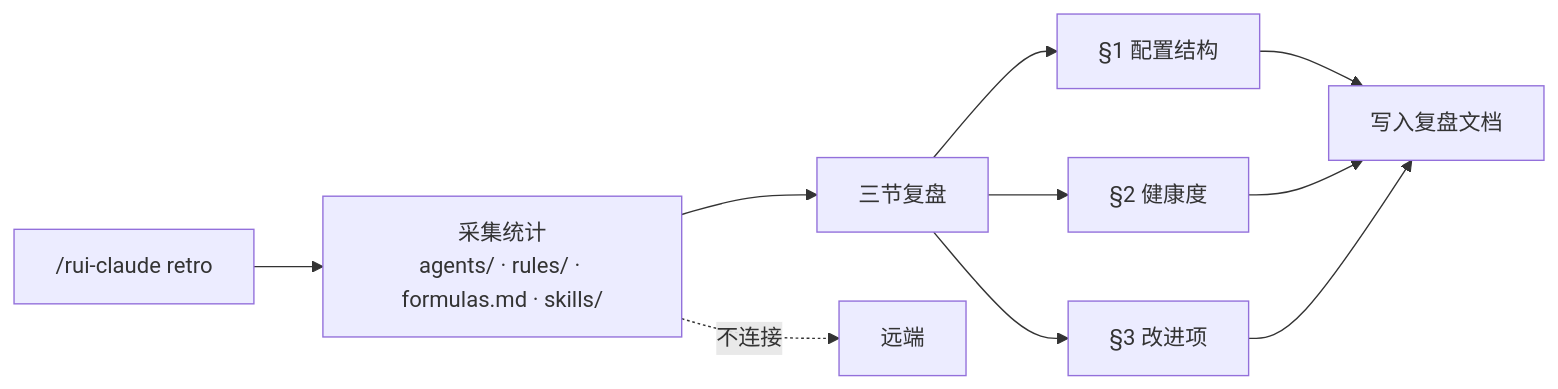
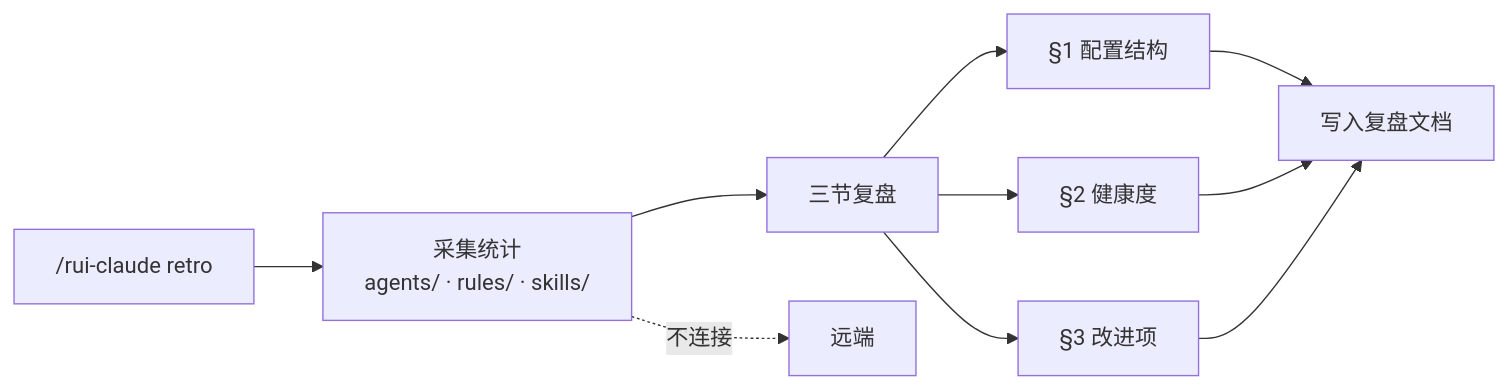
Before and after one commit to effiy/YrY: the fifth of 7 diagrams in skills/rui-claude/SKILL.md, drawn with Mermaid. The commit also changed other lines of this file and 28 other files, not shown here.

````diff
--- a/skills/rui-claude/SKILL.md
+++ b/skills/rui-claude/SKILL.md
@@ -102,12 +102,12 @@
 ```mermaid
 flowchart LR
-    TRIGGER["/rui-claude retro"]:::src --> COLLECT["采集统计<br/>agents/ · rules/ · formulas.md · skills/"]:::op
+    TRIGGER["/rui-claude retro"]:::src --> COLLECT["采集统计<br/>agents/ · rules/ · skills/"]:::op
     COLLECT --> WRITE["三节复盘"]:::op
     WRITE --> S1["§1 配置结构"]:::section
     WRITE --> S2["§2 健康度"]:::section
     WRITE --> S3["§3 改进项"]:::section
     S1 & S2 & S3 --> OUT["写入复盘文档"]:::out
 
     COLLECT -.->|"不连接"| REMOTE["远端"]:::no
 
 ```
````
